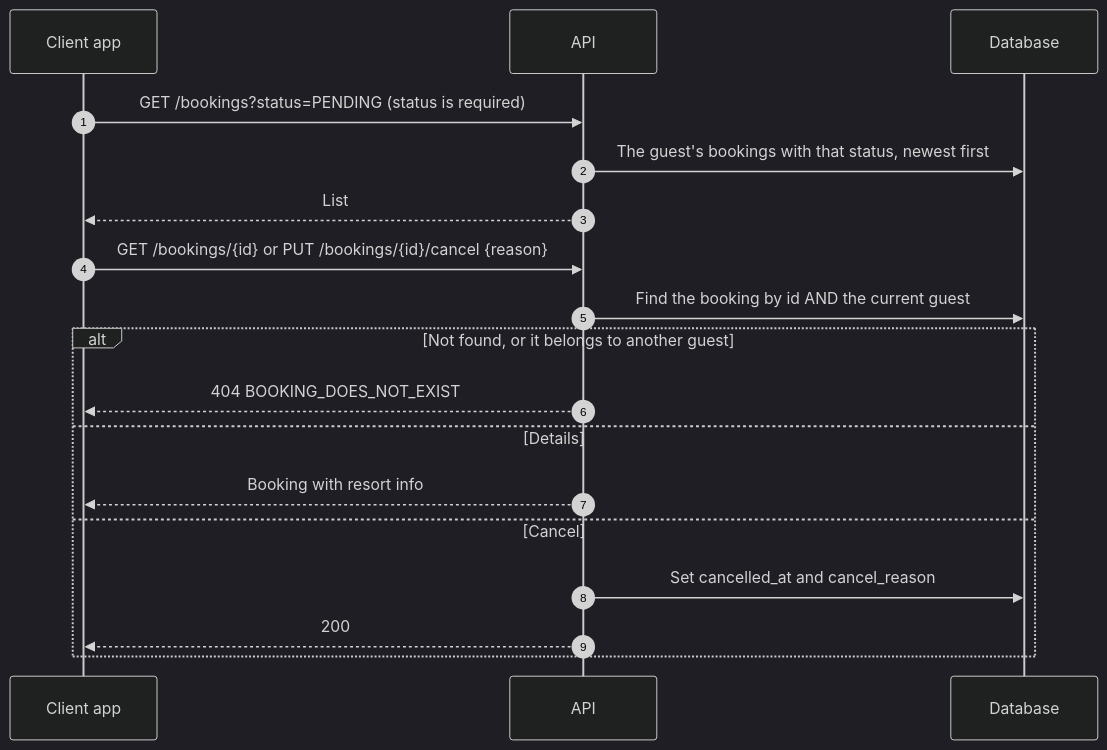
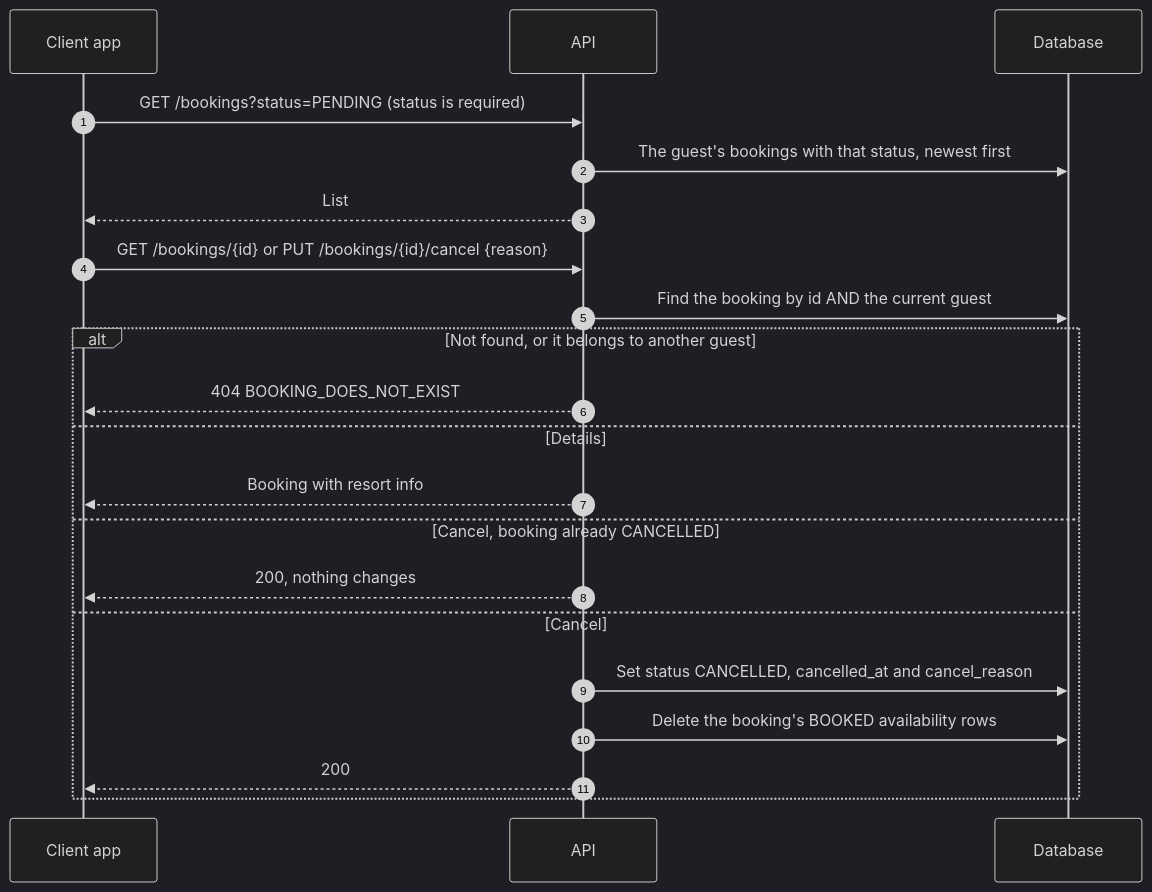
Before and after one commit to jvcarpena/cozi-app-be: the second of 2 diagrams in documentations/Guest/Booking.md, drawn with Mermaid (dark theme). The commit also changed other lines of this file and 8 other files, not shown here.

````diff
--- a/documentations/Guest/Booking.md
+++ b/documentations/Guest/Booking.md
@@ -43,22 +55,25 @@
 ```mermaid
 sequenceDiagram
     autonumber
     participant C as Client app
     participant A as API
     participant D as Database
 
     C->>A: GET /bookings?status=PENDING (status is required)
     A->>D: The guest's bookings with that status, newest first
     A-->>C: List
 
     C->>A: GET /bookings/{id} or PUT /bookings/{id}/cancel {reason}
     A->>D: Find the booking by id AND the current guest
     alt Not found, or it belongs to another guest
         A-->>C: 404 BOOKING_DOES_NOT_EXIST
     else Details
         A-->>C: Booking with resort info
+    else Cancel, booking already CANCELLED
+        A-->>C: 200, nothing changes
     else Cancel
-        A->>D: Set cancelled_at and cancel_reason
+        A->>D: Set status CANCELLED, cancelled_at and cancel_reason
+        A->>D: Delete the booking's BOOKED availability rows
         A-->>C: 200
     end
 ```
````
